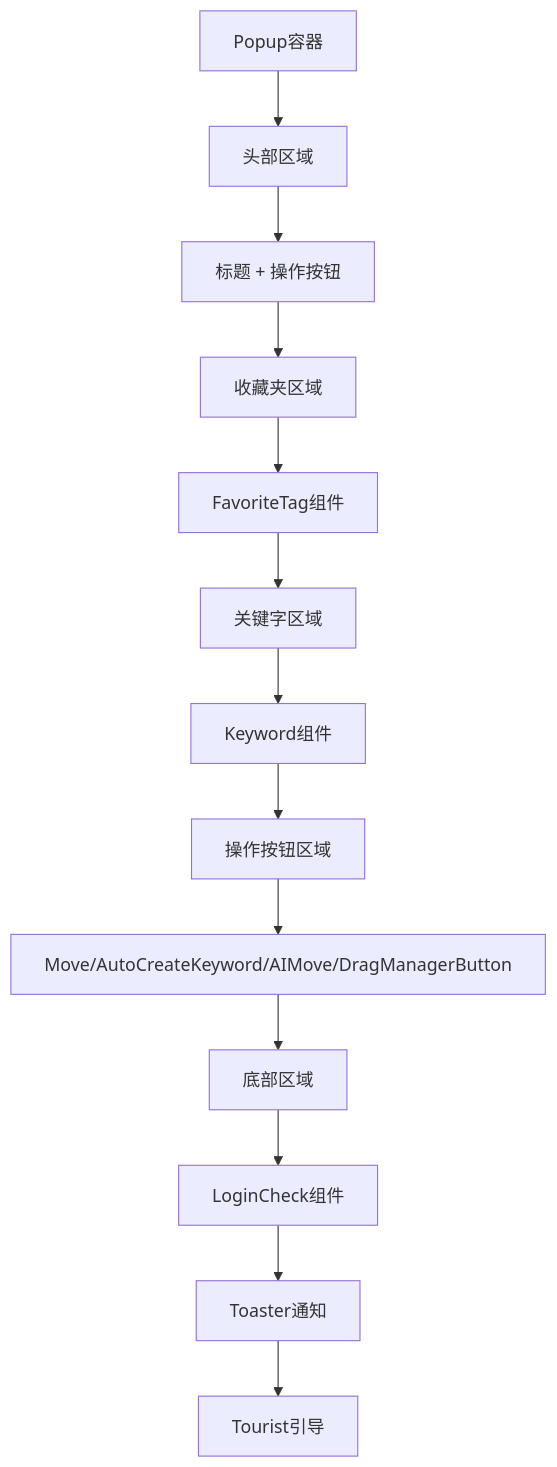
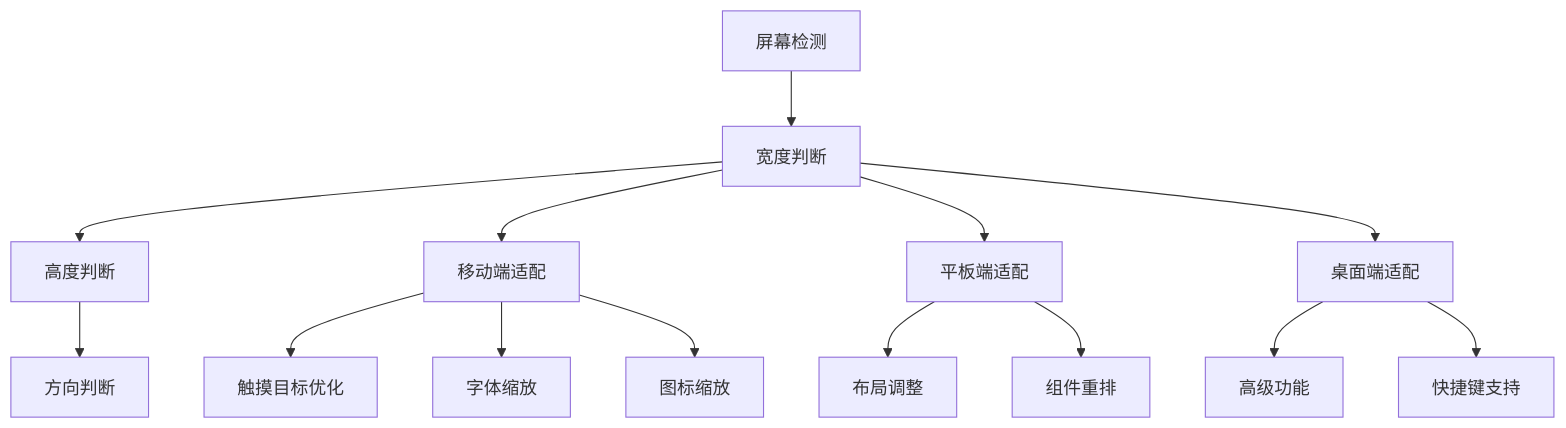
One commit to RadiumAg/bilibili-favorites changed diagram 19 of 24 in .qoder/repowiki/zh/content/开发指南/UI_UX专业设计系统.md. Above: the diagram before and after it, drawn with Mermaid. The commit also changed other lines of this file and 21 other files, not shown here.

````diff
--- a/.qoder/repowiki/zh/content/开发指南/UI_UX专业设计系统.md
+++ b/.qoder/repowiki/zh/content/开发指南/UI_UX专业设计系统.md
@@ -645,15 +707,16 @@
 ```mermaid
 flowchart TD
-A[Popup容器] --> B[头部区域]
-B --> C[标题 + 操作按钮]
-C --> D[收藏夹区域]
-D --> E[FavoriteTag组件]
-E --> F[关键字区域]
-F --> G[Keyword组件]
-G --> H[操作按钮区域]
-H --> I[Move/AutoCreateKeyword/AIMove/DragManagerButton]
-I --> J[底部区域]
-J --> K[LoginCheck组件]
-K --> L[Toaster通知]
-L --> M[Tourist引导]
+Screen[屏幕检测] --> Width[宽度判断]
+Width --> Height[高度判断]
+Height --> Orientation[方向判断]
+Width --> Mobile[移动端适配]
+Width --> Tablet[平板端适配]
+Width --> Desktop[桌面端适配]
+Mobile --> TouchTarget[触摸目标优化]
+Mobile --> FontScaling[字体缩放]
+Mobile --> IconScaling[图标缩放]
+Tablet --> LayoutAdjust[布局调整]
+Tablet --> ComponentResize[组件重排]
+Desktop --> AdvancedFeatures[高级功能]
+Desktop --> KeyboardShortcuts[快捷键支持]
 ```
````
